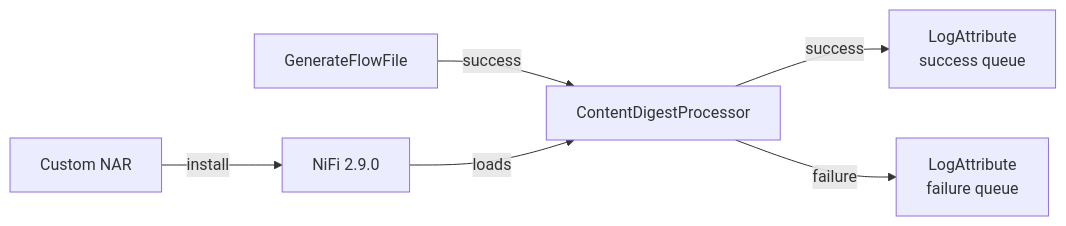
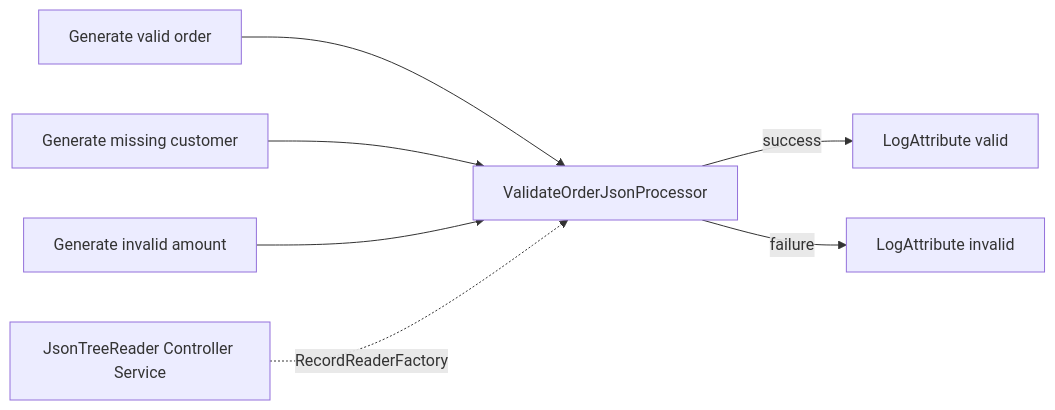
The diagram in docs/nifi-training/11-00-custom-processor-spi.md (Ting-s515/nifi-training), drawn with Mermaid before and after one commit. The commit also changed other lines of this file and 15 other files, not shown here.

````diff
--- a/docs/nifi-training/11-00-custom-processor-spi.md
+++ b/docs/nifi-training/11-00-custom-processor-spi.md
@@ -11,8 +14,9 @@
 ```mermaid
 flowchart LR
-    Source["GenerateFlowFile"] -- "success" --> Digest["ContentDigestProcessor"]
-    Digest -- "success" --> Success["LogAttribute<br>success queue"]
-    Digest -- "failure" --> Failure["LogAttribute<br>failure queue"]
-    Bundle["Custom NAR"] -- "install" --> NiFi["NiFi 2.9.0"]
-    NiFi -- "loads" --> Digest
+    valid["Generate valid order"] --> validator["ValidateOrderJsonProcessor"]
+    missing["Generate missing customer"] --> validator
+    amount["Generate invalid amount"] --> validator
+    reader["JsonTreeReader Controller Service"] -. "RecordReaderFactory" .-> validator
+    validator -->|"success"| validLog["LogAttribute valid"]
+    validator -->|"failure"| invalidLog["LogAttribute invalid"]
 ```
````
